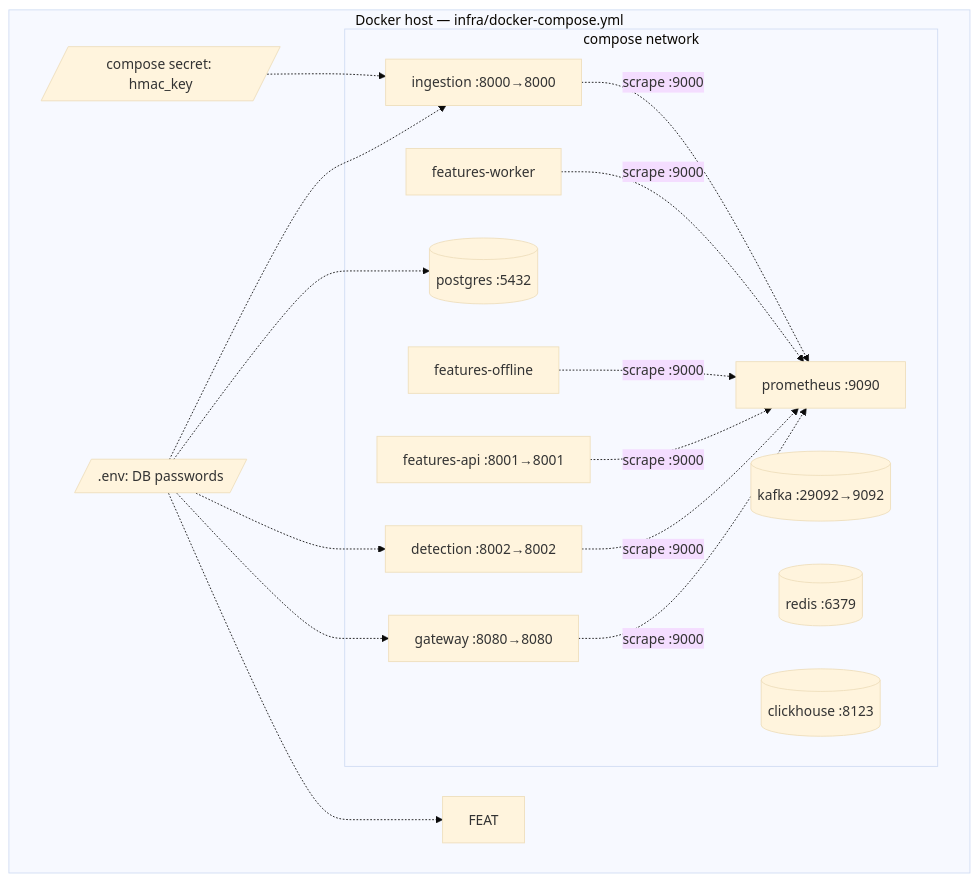
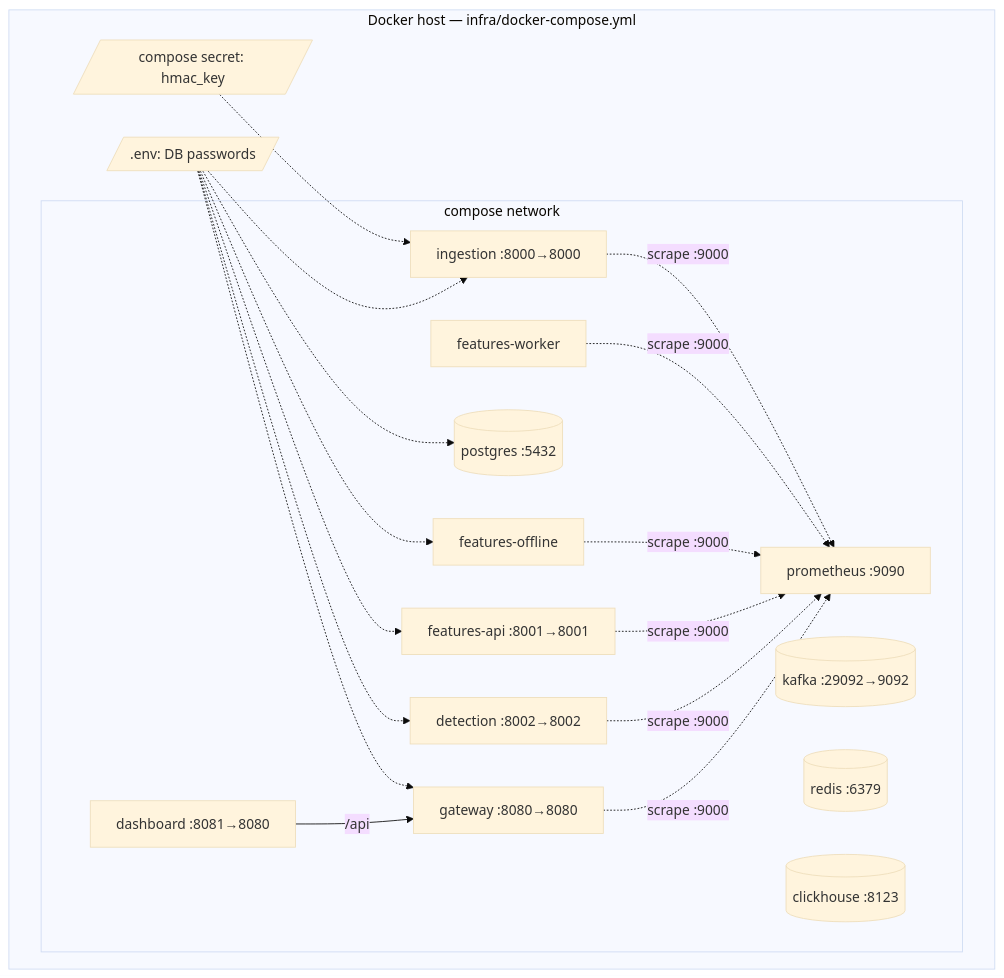
Before and after one commit to voiteshonok/FeatureStore: the second of 2 diagrams in docs/architecture.md, drawn with Mermaid (base theme). The commit also changed 4 other files, not shown here.

````diff
--- a/docs/architecture.md
+++ b/docs/architecture.md
@@ -123,26 +123,28 @@
 ```mermaid
 flowchart TB
     subgraph host [Docker host — infra/docker-compose.yml]
         subgraph net [compose network]
             GW[gateway :8080→8080]
+            DASH[dashboard :8081→8080]
             ING[ingestion :8000→8000]
             FW[features-worker]
             FO[features-offline]
             FA[features-api :8001→8001]
             DET[detection :8002→8002]
             PROM["prometheus :9090"]
             K[(kafka :29092→9092)]
             PG[(postgres :5432)]
             R[(redis :6379)]
             CH[(clickhouse :8123)]
         end
         SEC[/compose secret: hmac_key/] -.-> ING
-        ENV[/.env: DB passwords/] -.-> PG & ING & FEAT & DET & GW
+        ENV[/.env: DB passwords/] -.-> PG & ING & FO & FA & DET & GW
+        DASH -->|"/api"| GW
         ING -.->|"scrape :9000"| PROM
         FW -.->|"scrape :9000"| PROM
         FO -.->|"scrape :9000"| PROM
         FA -.->|"scrape :9000"| PROM
         DET -.->|"scrape :9000"| PROM
         GW -.->|"scrape :9000"| PROM
     end
 ```
````
